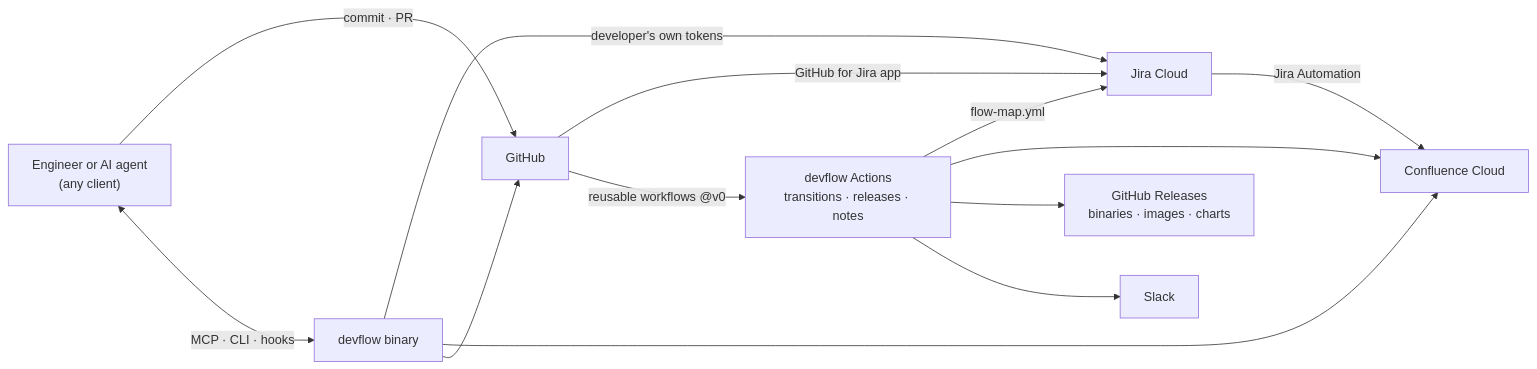
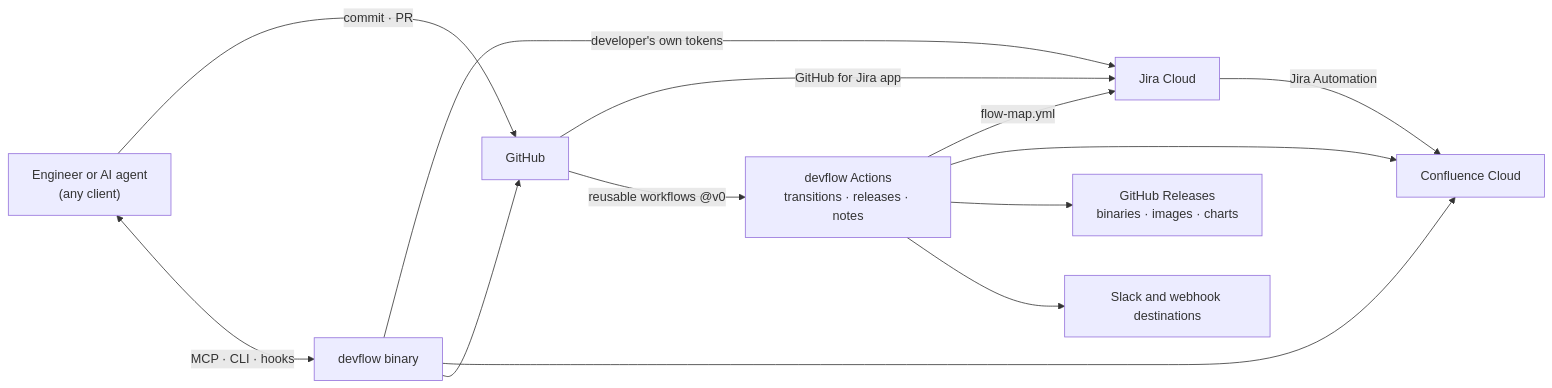
The diagram in README.md (ryanhelms/agentflow), drawn with Mermaid before and after one commit. The commit also changed other lines of this file and 17 other files, not shown here.

````diff
--- a/README.md
+++ b/README.md
@@ -68,15 +68,15 @@
 ```mermaid
 flowchart LR
   dev["Engineer or AI agent<br/>(any client)"] -->|commit · PR| gh[GitHub]
   dev <-->|MCP · CLI · hooks| bin["devflow binary"]
   bin -->|developer's own tokens| jira[Jira Cloud]
   bin --> conf[Confluence Cloud]
   bin --> gh
   gh -->|GitHub for Jira app| jira
   gh -->|reusable workflows @v0| actions["devflow Actions<br/>transitions · releases · notes"]
   actions -->|flow-map.yml| jira
   actions --> conf
   actions --> rel["GitHub Releases<br/>binaries · images · charts"]
   jira -->|Jira Automation| conf
-  actions --> slack[Slack]
+  actions --> notifications[Slack and webhook destinations]
 ```
````
